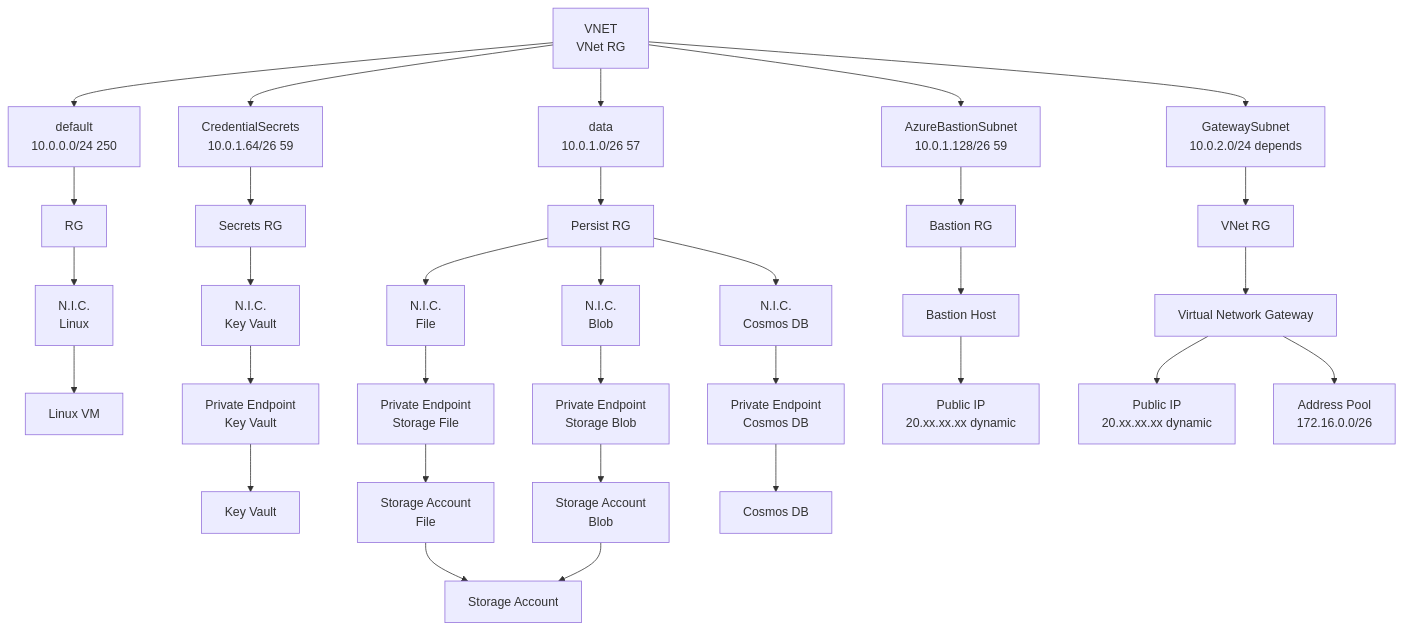
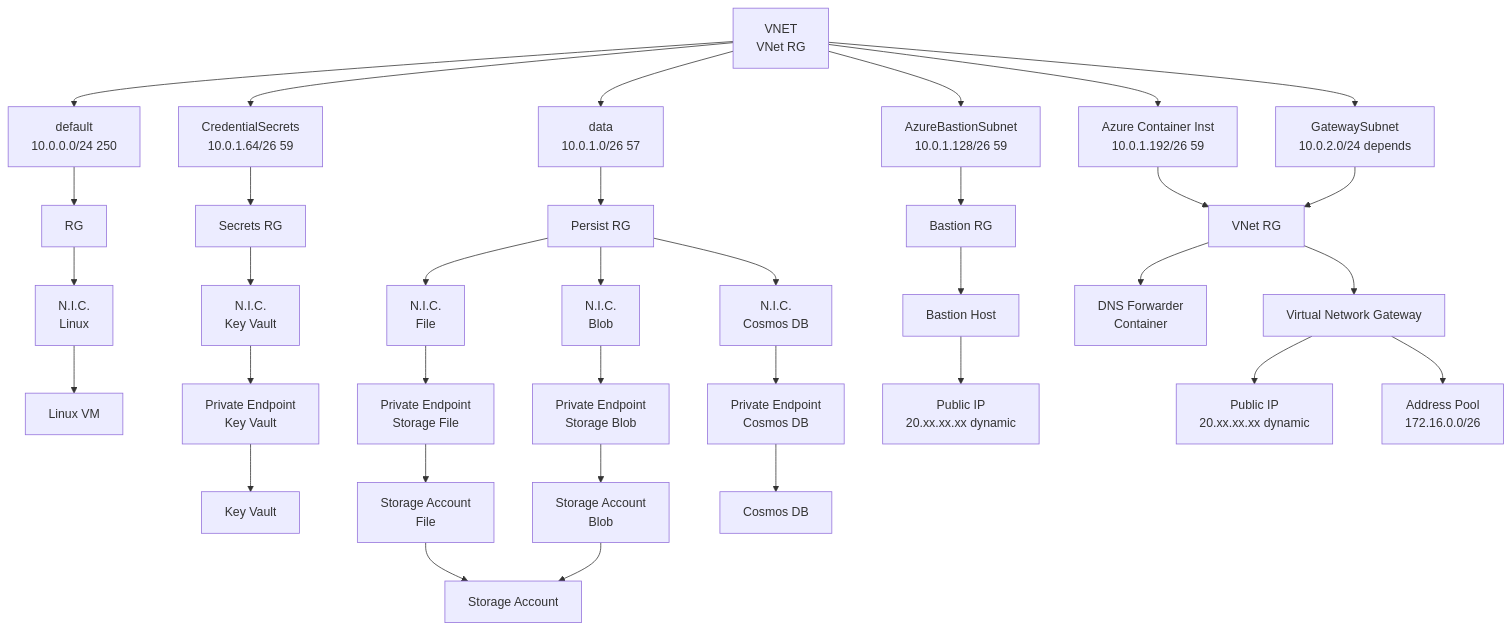
Before and after one commit to freemansoft/vnet-p2s-vpn-bastion-azure: the first of 2 diagrams in README.md, drawn with Mermaid. The commit also changed other lines of this file and 3 other files, not shown here.

Commit message:
Add DNS forwarder for VPN DNS

````diff
--- a/README.md
+++ b/README.md
@@ -68,49 +68,53 @@
 ```mermaid
 flowchart TD
     A[VNET<br/> VNet RG]
     A --> SubDef[default <br/>10.0.0.0/24 250]
     A --> SubData[data <br/>10.0.1.0/26 57]
     A --> SubCred[CredentialSecrets <br/>10.0.1.64/26 59]
     A --> SubBast[AzureBastionSubnet <br/>10.0.1.128/26 59]
+    A --> SubAci[Azure Container Inst <br/>10.0.1.192/26 59]
     A --> SubVng[GatewaySubnet <br/>10.0.2.0/24  depends]
 
     SubDef --> SubDefRg[RG]
     SubDefRg --> NicVM[N.I.C.<br/>Linux]
     NicVM --> VM[Linux VM]
 
     SubCred --> SubCredRg[Secrets RG]
     SubCredRg --> NicKeyVault[N.I.C.<br/>Key Vault]
     NicKeyVault --> PleKV[Private Endpoint<br/>Key Vault]
     PleKV --> KeyVault[Key Vault]
     
     StorAct[Storage Account]
     StorFile[Storage Account<br/>File]
     StorBlob[Storage Account<br/>Blob] 
 
     CosmosDB[Cosmos DB]
 
     SubData --> SubPersistRg[Persist RG]
     
     SubPersistRg --> NicStorFile[N.I.C.<br/>File]
     NicStorFile --> PleFile[Private Endpoint<br/>Storage File]
     PleFile --> StorFile
     StorFile --> StorAct
 
     SubPersistRg --> NicStorBlob[N.I.C.<br/>Blob]
     NicStorBlob --> PleBlob[Private Endpoint<br/>Storage Blob]
     PleBlob --> StorBlob
     StorBlob --> StorAct
 
     SubPersistRg --> NicCosmos[N.I.C.<br/> Cosmos DB]
     NicCosmos --> PleCosmos[Private Endpoint<br/>Cosmos DB]
     PleCosmos --> CosmosDB
 
     SubBast --> SubBastRg[Bastion RG]
     SubBastRg --> Bastion[Bastion Host]
     Bastion --> PubaAst[Public IP<br>20.xx.xx.xx dynamic]
 
+    SubAci --> SubVngRg[VNet RG]
+    SubVngRg --> ACIDNS[DNS Forwarder<br/>Container]
+
     SubVng --> SubVngRg[VNet RG]
     SubVngRg --> VNG[Virtual Network Gateway]
     VNG --> PubVNG[Public IP<br>20.xx.xx.xx dynamic]
     VNG --> PoolVNG[Address Pool<br>172.16.0.0/26]
 ```
````
